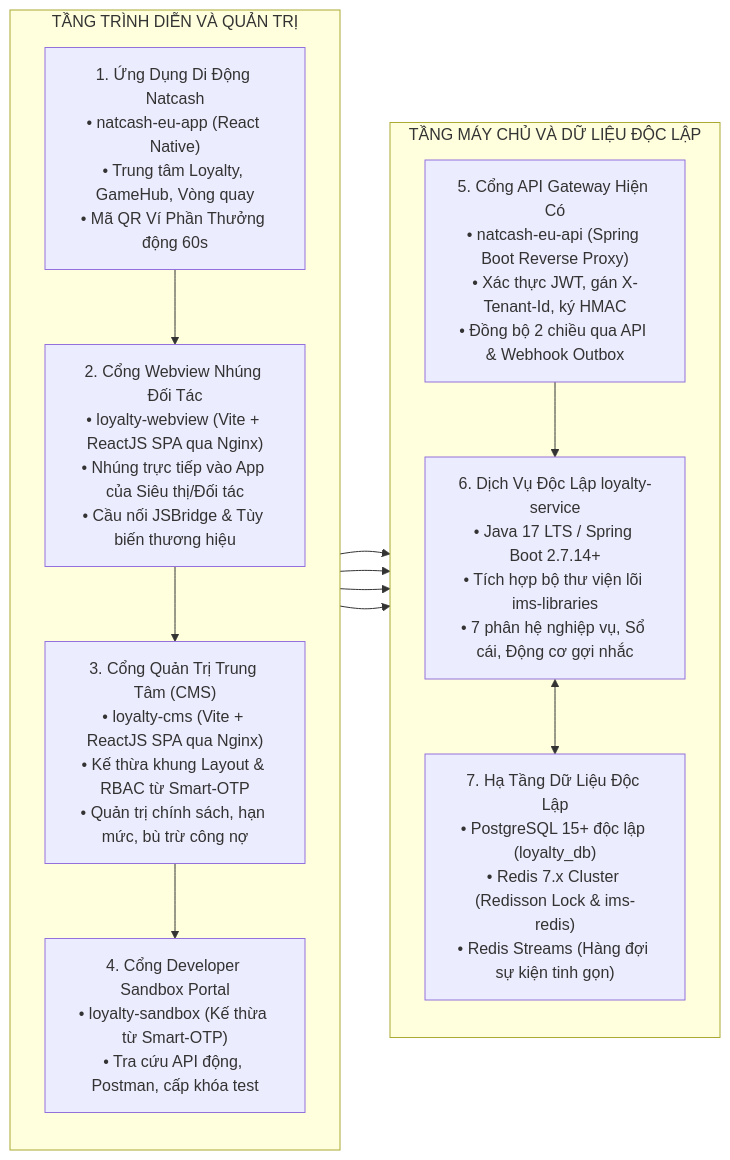
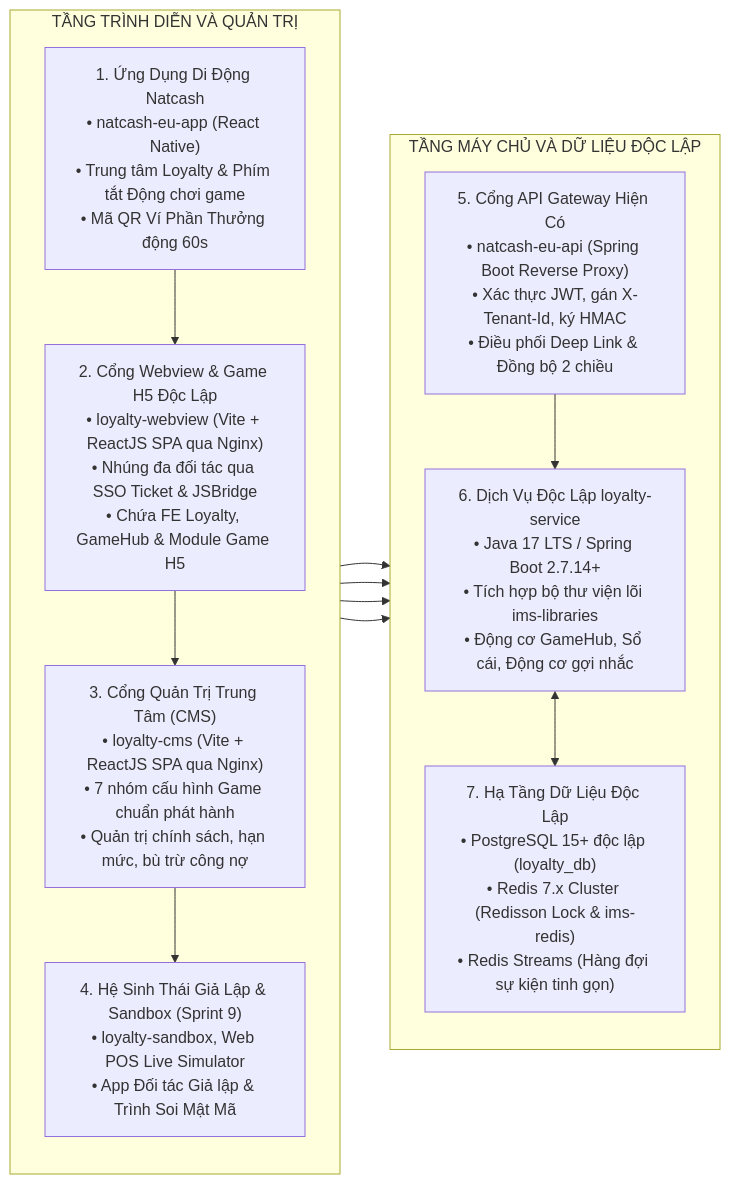
One commit to chapisoft/micro-loyalty changed the first of 8 diagrams in plan/production_plan.md. Above: the diagram before and after it, drawn with Mermaid. The commit also changed other lines of this file and 25 other files, not shown here.

````diff
--- a/plan/production_plan.md
+++ b/plan/production_plan.md
@@ -32,27 +32,27 @@
 ```mermaid
 flowchart LR
     subgraph S_PORTAL ["TẦNG TRÌNH DIỄN VÀ QUẢN TRỊ"]
         direction TB
-        P_APP["1. Ứng Dụng Di Động Natcash<br/>• natcash-eu-app (React Native)<br/>• Trung tâm Loyalty, GameHub, Vòng quay<br/>• Mã QR Ví Phần Thưởng động 60s"]
-        P_WEBVIEW["2. Cổng Webview Nhúng Đối Tác<br/>• loyalty-webview (Vite + ReactJS SPA qua Nginx)<br/>• Nhúng trực tiếp vào App của Siêu thị/Đối tác<br/>• Cầu nối JSBridge & Tùy biến thương hiệu"]
-        P_CMS["3. Cổng Quản Trị Trung Tâm (CMS)<br/>• loyalty-cms (Vite + ReactJS SPA qua Nginx)<br/>• Kế thừa khung Layout & RBAC từ Smart-OTP<br/>• Quản trị chính sách, hạn mức, bù trừ công nợ"]
-        P_SANDBOX["4. Cổng Developer Sandbox Portal<br/>• loyalty-sandbox (Kế thừa từ Smart-OTP)<br/>• Tra cứu API động, Postman, cấp khóa test"]
+        P_APP["1. Ứng Dụng Di Động Natcash<br/>• natcash-eu-app (React Native)<br/>• Trung tâm Loyalty & Phím tắt Động chơi game<br/>• Mã QR Ví Phần Thưởng động 60s"]
+        P_WEBVIEW["2. Cổng Webview & Game H5 Độc Lập<br/>• loyalty-webview (Vite + ReactJS SPA qua Nginx)<br/>• Nhúng đa đối tác qua SSO Ticket & JSBridge<br/>• Chứa FE Loyalty, GameHub & Module Game H5"]
+        P_CMS["3. Cổng Quản Trị Trung Tâm (CMS)<br/>• loyalty-cms (Vite + ReactJS SPA qua Nginx)<br/>• 7 nhóm cấu hình Game chuẩn phát hành<br/>• Quản trị chính sách, hạn mức, bù trừ công nợ"]
+        P_SANDBOX["4. Hệ Sinh Thái Giả Lập & Sandbox (Sprint 9)<br/>• loyalty-sandbox, Web POS Live Simulator<br/>• App Đối tác Giả lập & Trình Soi Mật Mã"]
         P_APP --> P_WEBVIEW
         P_WEBVIEW --> P_CMS
         P_CMS --> P_SANDBOX
     end
 
     subgraph S_BACKEND ["TẦNG MÁY CHỦ VÀ DỮ LIỆU ĐỘC LẬP"]
         direction TB
-        B_GW["5. Cổng API Gateway Hiện Có<br/>• natcash-eu-api (Spring Boot Reverse Proxy)<br/>• Xác thực JWT, gán X-Tenant-Id, ký HMAC<br/>• Đồng bộ 2 chiều qua API & Webhook Outbox"]
-        B_SVC["6. Dịch Vụ Độc Lập loyalty-service<br/>• Java 17 LTS / Spring Boot 2.7.14+<br/>• Tích hợp bộ thư viện lõi ims-libraries<br/>• 7 phân hệ nghiệp vụ, Sổ cái, Động cơ gợi nhắc"]
+        B_GW["5. Cổng API Gateway Hiện Có<br/>• natcash-eu-api (Spring Boot Reverse Proxy)<br/>• Xác thực JWT, gán X-Tenant-Id, ký HMAC<br/>• Điều phối Deep Link & Đồng bộ 2 chiều"]
+        B_SVC["6. Dịch Vụ Độc Lập loyalty-service<br/>• Java 17 LTS / Spring Boot 2.7.14+<br/>• Tích hợp bộ thư viện lõi ims-libraries<br/>• Động cơ GameHub, Sổ cái, Động cơ gợi nhắc"]
         B_DATA["7. Hạ Tầng Dữ Liệu Độc Lập<br/>• PostgreSQL 15+ độc lập (loyalty_db)<br/>• Redis 7.x Cluster (Redisson Lock & ims-redis)<br/>• Redis Streams (Hàng đợi sự kiện tinh gọn)"]
         B_GW --> B_SVC
         B_SVC <--> B_DATA
     end
 
     P_CMS --> B_SVC
     P_APP --> B_GW
     P_WEBVIEW --> B_SVC
     P_SANDBOX --> B_SVC
 ```
````
